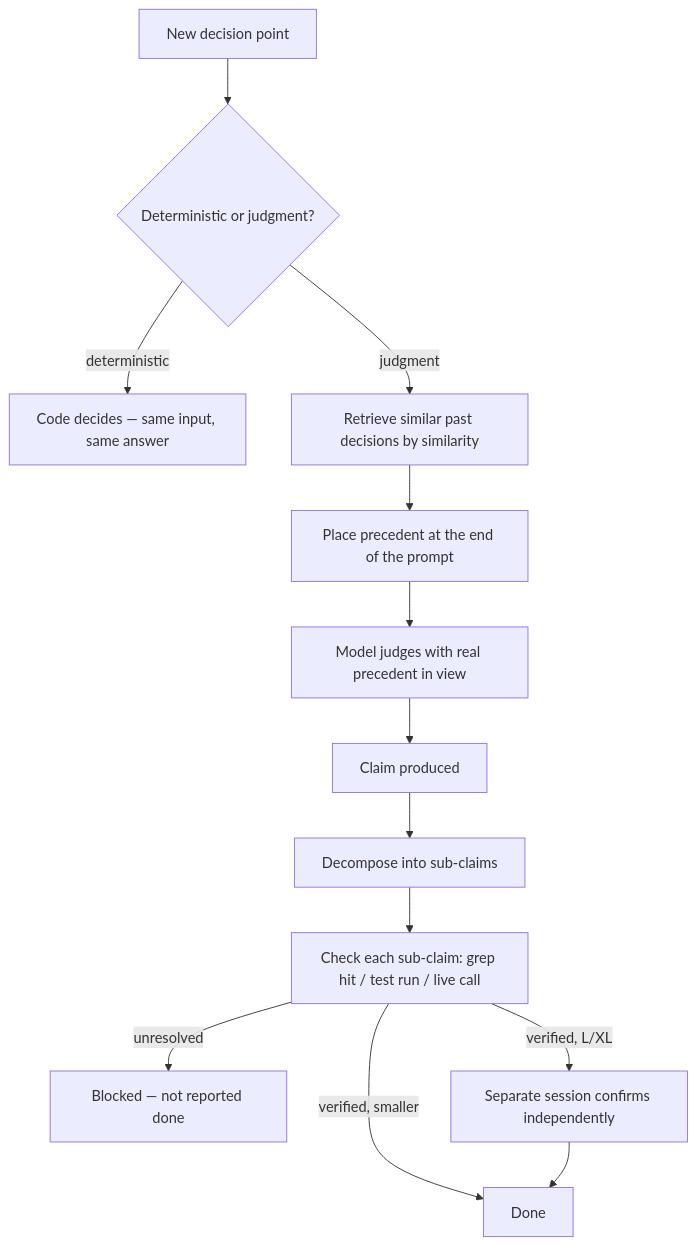
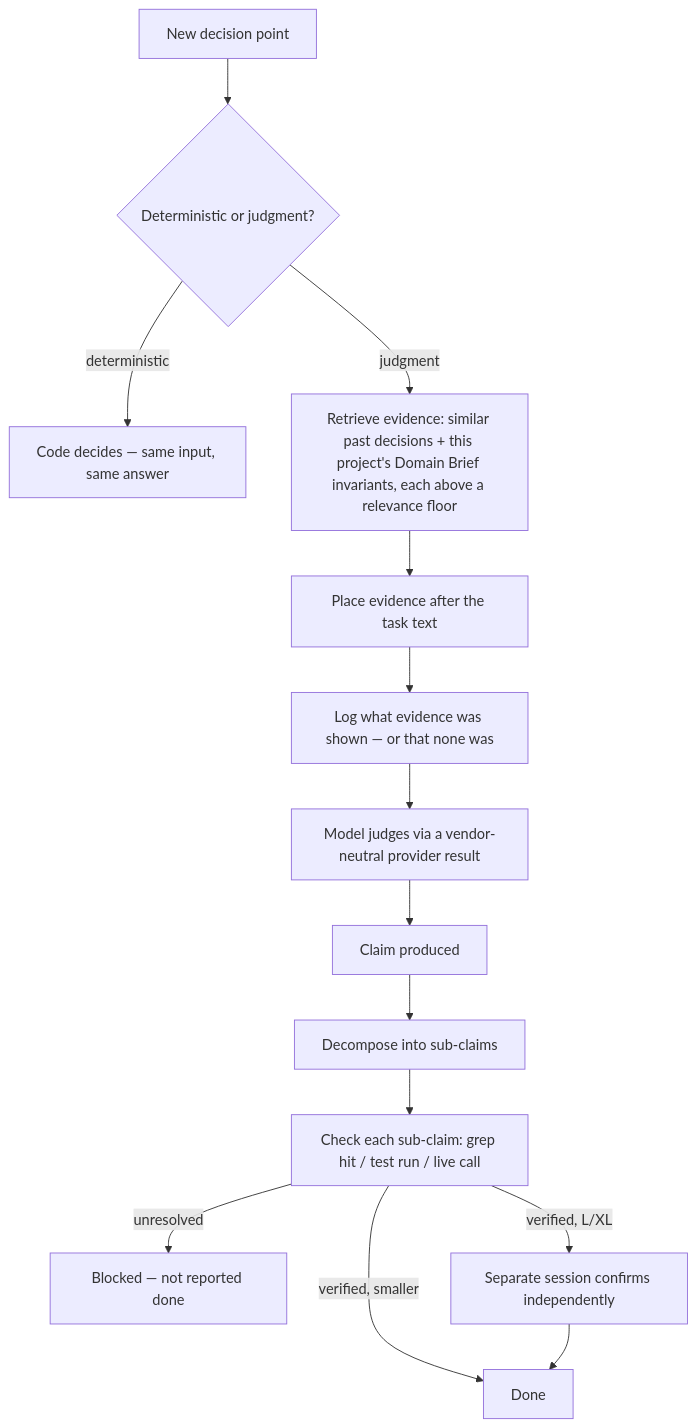
One commit to ajinkyabhanudas/youk changed the first of 3 diagrams in README.md. Above: the diagram before and after it, drawn with Mermaid. The commit also changed other lines of this file and 29 other files, not shown here.

````diff
--- a/README.md
+++ b/README.md
@@ -86,15 +91,16 @@
 ```mermaid
 flowchart TD
     Task[New decision point] --> Tag{Deterministic or judgment?}
     Tag -->|deterministic| Code[Code decides — same input, same answer]
-    Tag -->|judgment| Retrieve[Retrieve similar past decisions by similarity]
-    Retrieve --> Place[Place precedent at the end of the prompt]
-    Place --> Model[Model judges with real precedent in view]
+    Tag -->|judgment| Retrieve["Retrieve evidence: similar past decisions + this project's Domain Brief invariants, each above a relevance floor"]
+    Retrieve --> Place[Place evidence after the task text]
+    Place --> Log[Log what evidence was shown — or that none was]
+    Log --> Model["Model judges via a vendor-neutral provider result"]
     Model --> Claim[Claim produced]
     Claim --> Decompose[Decompose into sub-claims]
     Decompose --> Verify[Check each sub-claim: grep hit / test run / live call]
     Verify -->|unresolved| Blocked[Blocked — not reported done]
     Verify -->|verified, L/XL| Second[Separate session confirms independently]
     Verify -->|verified, smaller| Done[Done]
     Second --> Done
 ```
````
